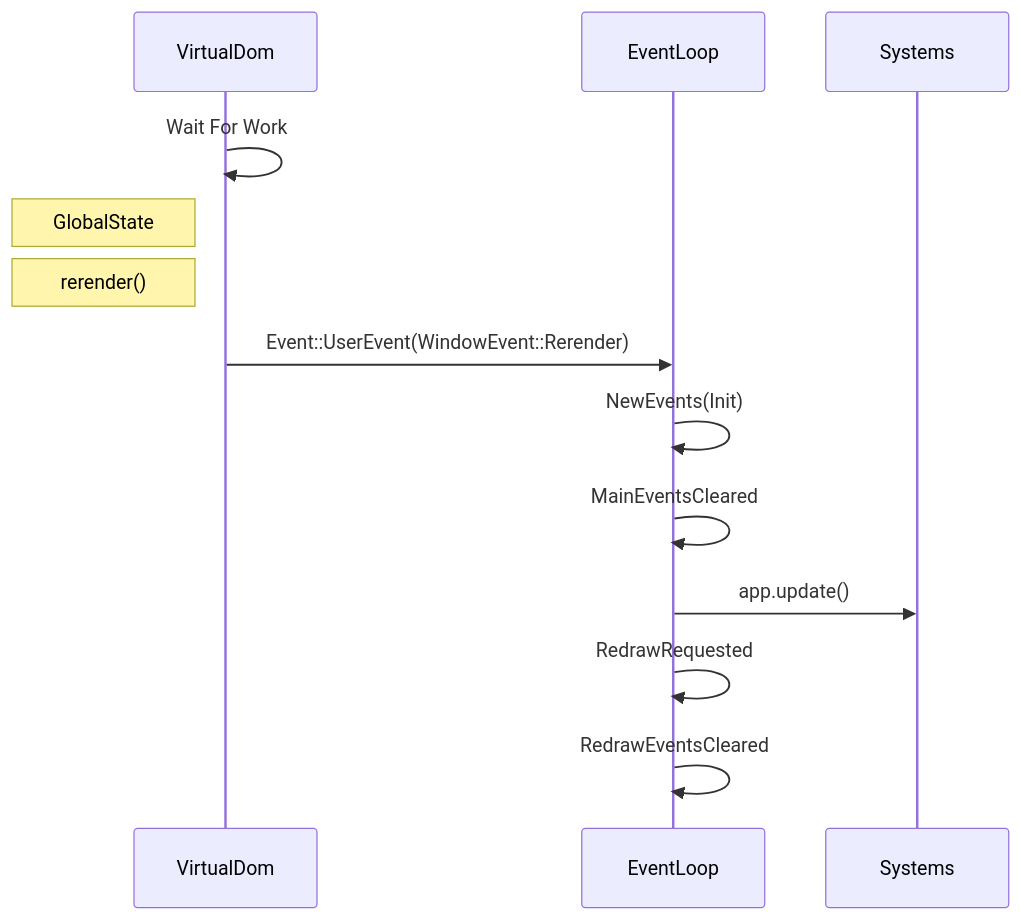
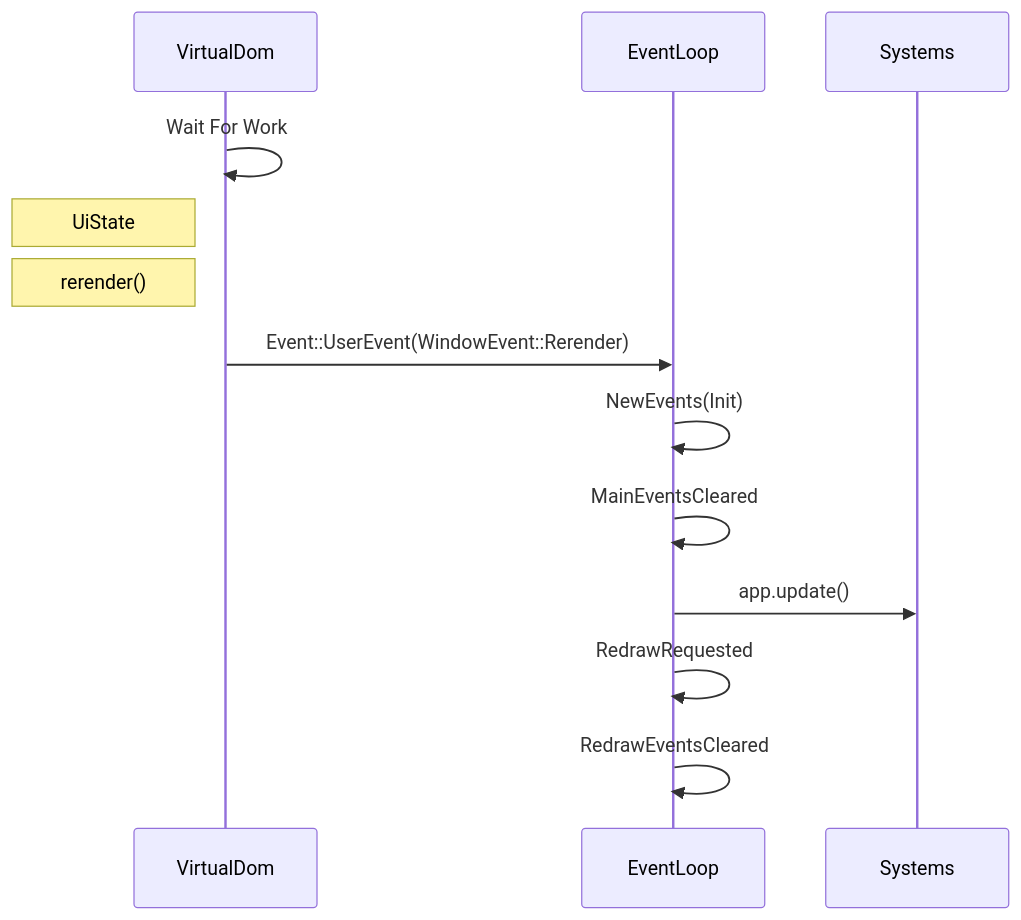
The second of 4 diagrams in packages/website/content/docs/architecture/overview.md (Marlboro11526/dip), drawn with Mermaid before and after one commit. The commit also changed other lines of this file and 36 other files, not shown here.

````diff
--- a/packages/website/content/docs/architecture/overview.md
+++ b/packages/website/content/docs/architecture/overview.md
@@ -35,17 +35,17 @@
 ```mermaid
 sequenceDiagram
     participant VirtualDom
     participant EventLoop
     participant Systems
     
     VirtualDom ->> VirtualDom: Wait For Work
-    Note left of VirtualDom: GlobalState
+    Note left of VirtualDom: UiState
     Note left of VirtualDom: rerender();
     VirtualDom ->> EventLoop: Event::UserEvent(WindowEvent::Rerender)
     EventLoop ->> EventLoop: NewEvents(Init)
     EventLoop ->> EventLoop: MainEventsCleared
     EventLoop ->> Systems: app.update()
 
     EventLoop ->> EventLoop: RedrawRequested
     EventLoop ->> EventLoop: RedrawEventsCleared
 ```
````
